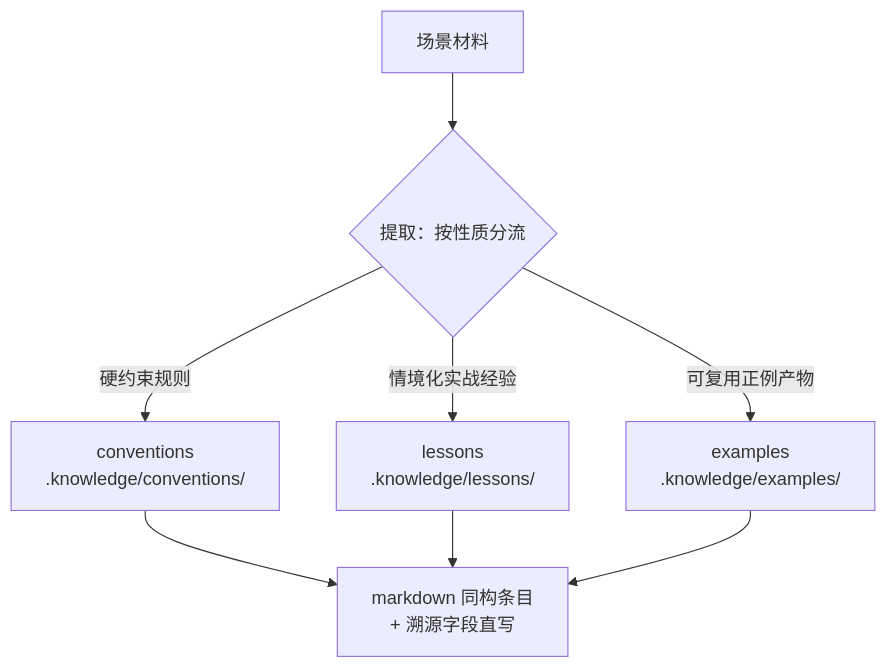
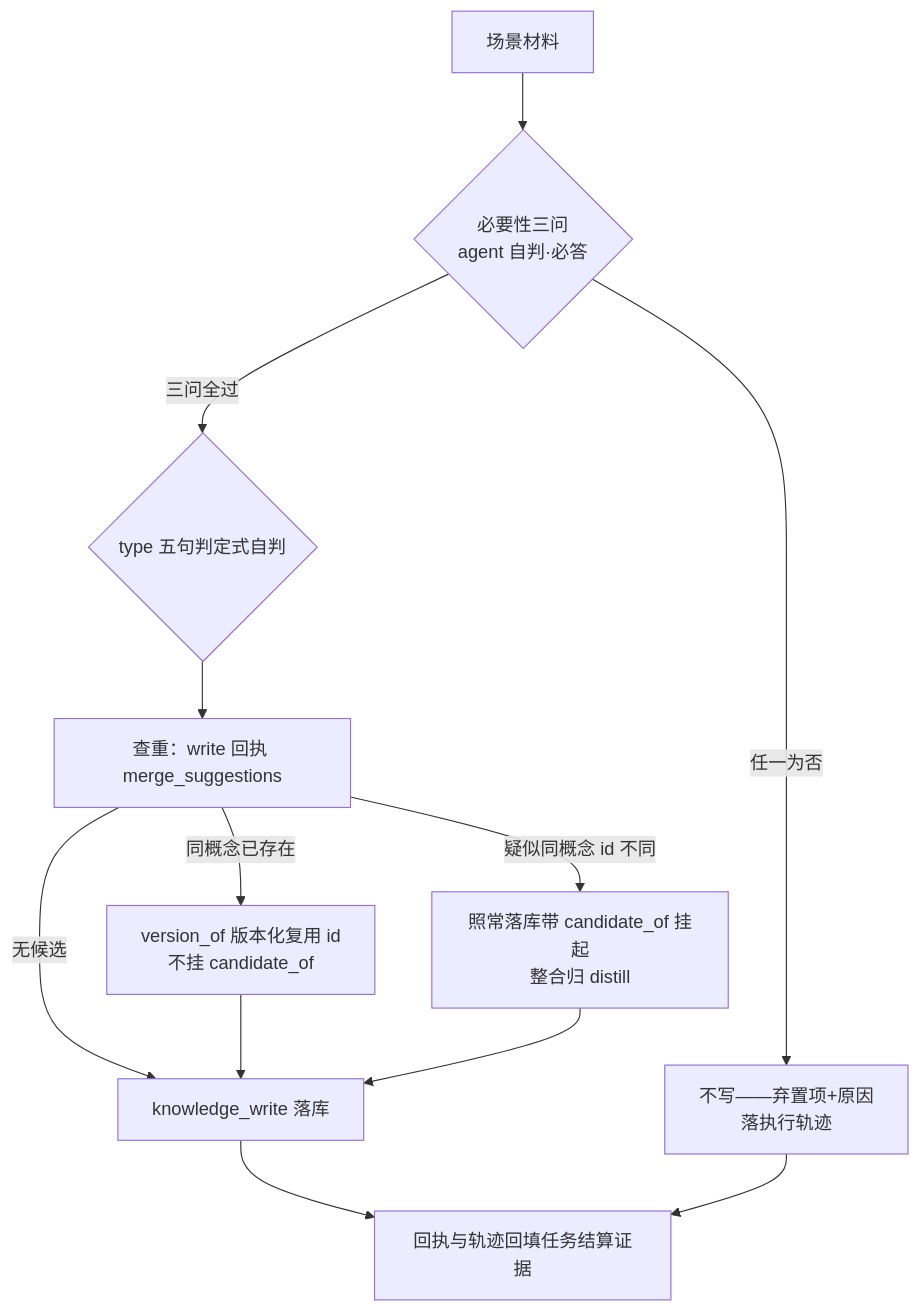
Before and after one commit to bigfaner/dsh-forge: the diagram in packages/plugins/knowledge/skills/learn/SKILL.md, drawn with Mermaid. The commit also changed other lines of this file and 4 other files, not shown here.

First line of the commit message:
feat(knowledge): stage2 A3 技能族——learn 价值闸改写 + distill 整合技能新增（knowledge-stage2-write-gateway/1.5）

````diff
--- a/packages/plugins/knowledge/skills/learn/SKILL.md
+++ b/packages/plugins/knowledge/skills/learn/SKILL.md
@@ -23,10 +21,14 @@
 ```mermaid
 flowchart TD
-    A[场景材料] --> B{提取：按性质分流}
-    B -->|硬约束规则| C[conventions<br/>.knowledge/conventions/]
-    B -->|情境化实战经验| D[lessons<br/>.knowledge/lessons/]
-    B -->|可复用正例产物| E[examples<br/>.knowledge/examples/]
-    C --> F[markdown 同构条目<br/>+ 溯源字段直写]
-    D --> F
-    E --> F
+    A[场景材料] --> B{必要性三问<br/>agent 自判·必答}
+    B -->|任一为否| X[不写——弃置项+原因<br/>落执行轨迹]
+    B -->|三问全过| C{type 五句判定式自判}
+    C --> D[查重：write 回执 merge_suggestions]
+    D -->|同概念已存在| E[version_of 版本化复用 id<br/>不挂 candidate_of]
+    D -->|疑似同概念 id 不同| F[照常落库带 candidate_of 挂起<br/>整合归 distill]
+    D -->|无候选| G[knowledge_write 落库]
+    E --> G
+    F --> G
+    G --> H[回执与轨迹回填任务结算证据]
+    X --> H
 ```
````
